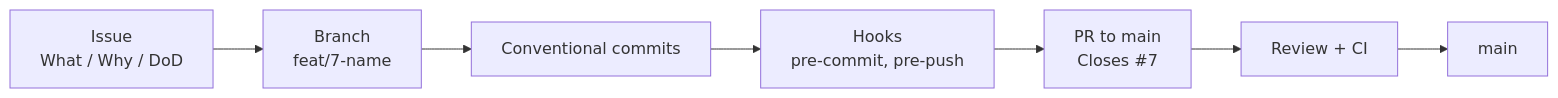
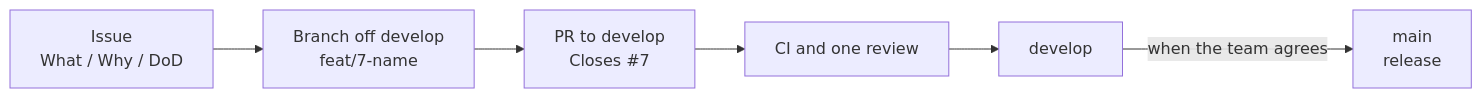
The diagram in docs/workflow/README.md (muhammadov-q/team4), drawn with Mermaid before and after one commit. The commit also changed other lines of this file and 23 other files, not shown here.

````diff
--- a/docs/workflow/README.md
+++ b/docs/workflow/README.md
@@ -5,6 +5,5 @@
 ```mermaid
 flowchart LR
-    Issue["Issue<br/>What / Why / DoD"] --> Branch["Branch<br/>feat/7-name"] --> Commits["Conventional commits"]
-    Commits --> Hooks["Hooks<br/>pre-commit, pre-push"] --> PR["PR to main<br/>Closes #7"]
-    PR --> Review["Review + CI"] --> Main["main"]
+    Issue["Issue<br/>What / Why / DoD"] --> Branch["Branch off develop<br/>feat/7-name"] --> PR["PR to develop<br/>Closes #7"]
+    PR --> Review["CI and one review"] --> Develop["develop"] -->|"when the team agrees"| Main["main<br/>release"]
 ```
````
